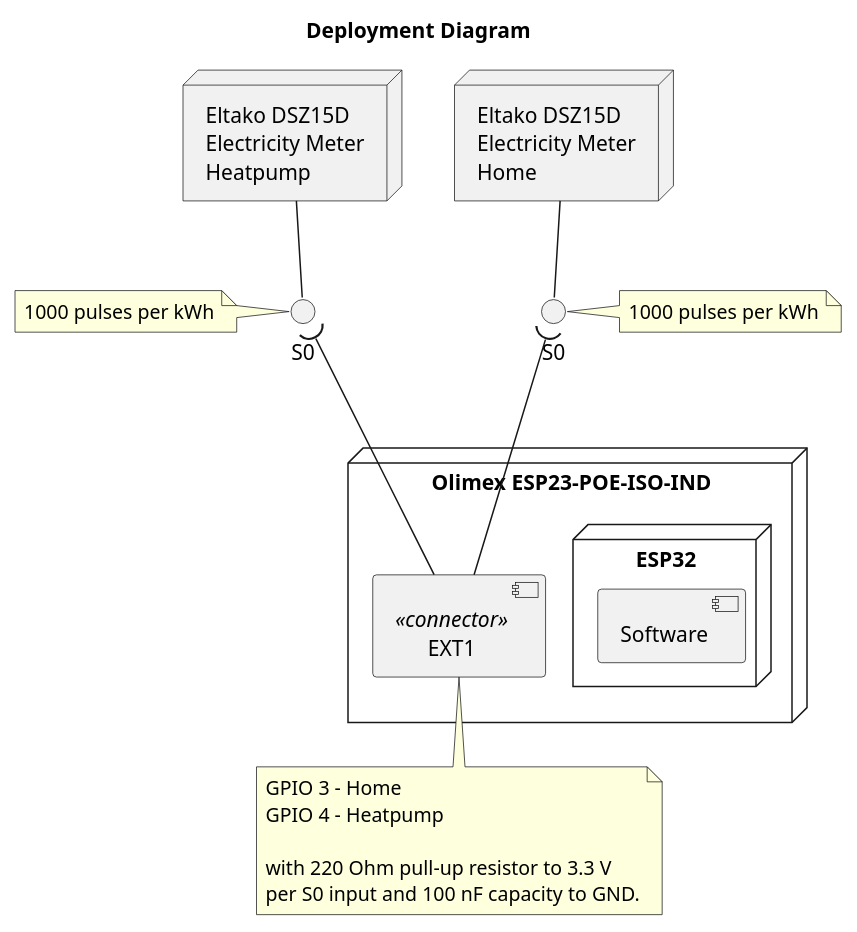
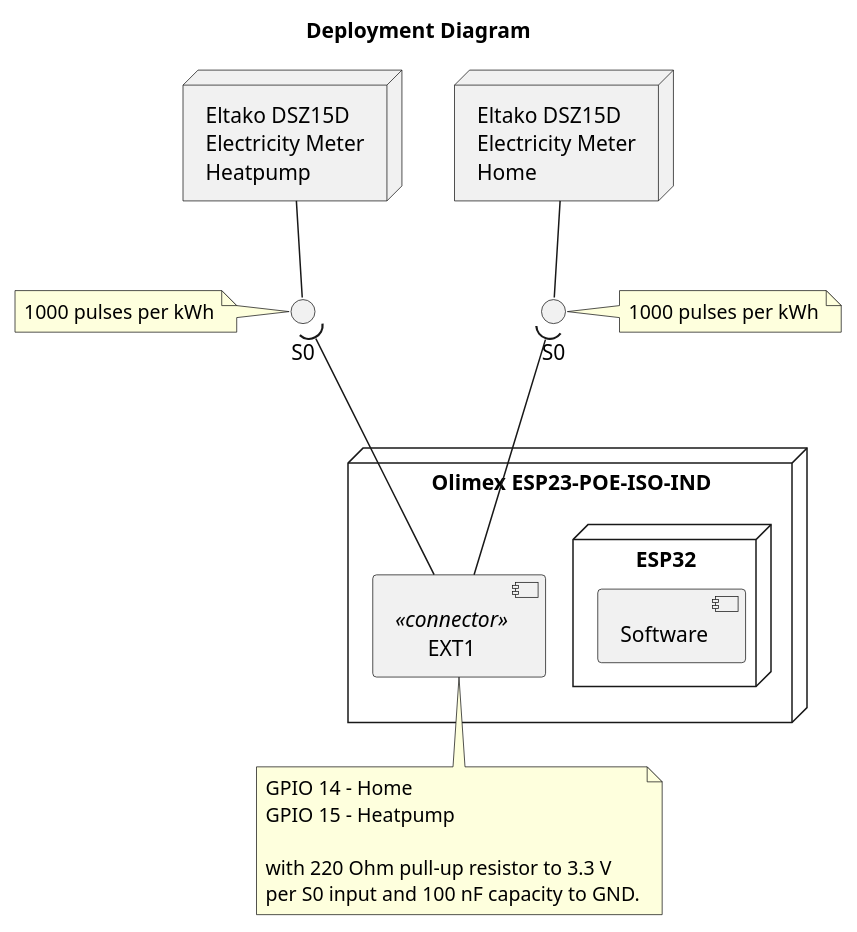
One commit to BlueAndi/smartmeter changed the diagram in doc/sw-architecture/deployment_diagram.puml. Above: the diagram before and after it, drawn with PlantUML. The commit also changed 1 other file, not shown here.

```diff
--- a/doc/sw-architecture/deployment_diagram.puml
+++ b/doc/sw-architecture/deployment_diagram.puml
@@ -1,42 +1,42 @@
 @startuml deployment_diagram
 
 title Deployment Diagram
 
 node "Olimex ESP23-POE-ISO-IND" {
 
     node "ESP32" as esp32 {
         component "Software" as sw
     }
 
     component "EXT1" as ext1 <<connector>>
 }
 
 node "Eltako DSZ15D\nElectricity Meter\nHome" as emeterHome
 node "Eltako DSZ15D\nElectricity Meter\nHeatpump" as emeterHeatpump
 
 interface "S0" as s0Home
 interface "S0" as s0Heatpump
 
 emeterHome -- s0Home
 emeterHeatpump -- s0Heatpump
 
 s0Home )--- ext1
 s0Heatpump )--- ext1
 
 note right of s0Home
     1000 pulses per kWh
 end note
 
 note left of s0Heatpump
     1000 pulses per kWh
 end note
 
 note bottom of ext1
-    GPIO 3 - Home
-    GPIO 4 - Heatpump
+    GPIO 14 - Home
+    GPIO 15 - Heatpump
 
     with 220 Ohm pull-up resistor to 3.3 V
     per S0 input and 100 nF capacity to GND.
 end note
 
 @enduml
```
